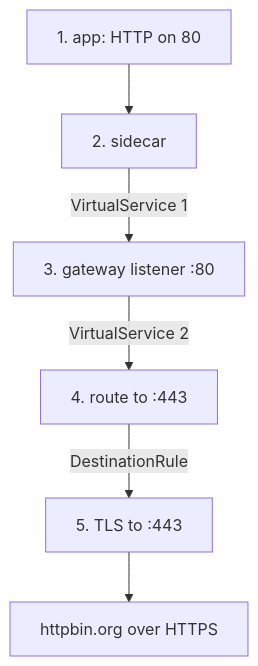
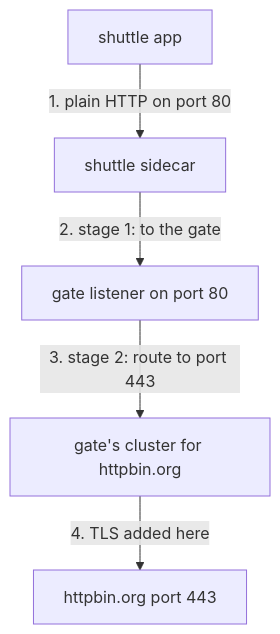
The diagram in sections/section-080/module-02/course-01-the-five-step-chain.md (astrona-io/ATS014), drawn with Mermaid before and after one commit. The commit also changed other lines of this file and 813 other files, not shown here.

````diff
--- a/sections/section-080/module-02/course-01-the-five-step-chain.md
+++ b/sections/section-080/module-02/course-01-the-five-step-chain.md
@@ -7,8 +9,7 @@
 ```mermaid
 flowchart TB
-    S1["1. app: HTTP on 80"] --> S2["2. sidecar"]
-    S2 -->|"VirtualService 1"| S3["3. gateway listener :80"]
-    S3 -->|"VirtualService 2"| S4["4. route to :443"]
-    S4 -->|"DestinationRule"| S5["5. TLS to :443"]
-    S5 --> S6["httpbin.org over HTTPS"]
+    A["shuttle app"] -->|"1. plain HTTP on port 80"| S["shuttle sidecar"]
+    S -->|"2. stage 1: to the gate"| G["gate listener on port 80"]
+    G -->|"3. stage 2: route to port 443"| R["gate's cluster for httpbin.org"]
+    R -->|"4. TLS added here"| X["httpbin.org port 443"]
 ```
````
